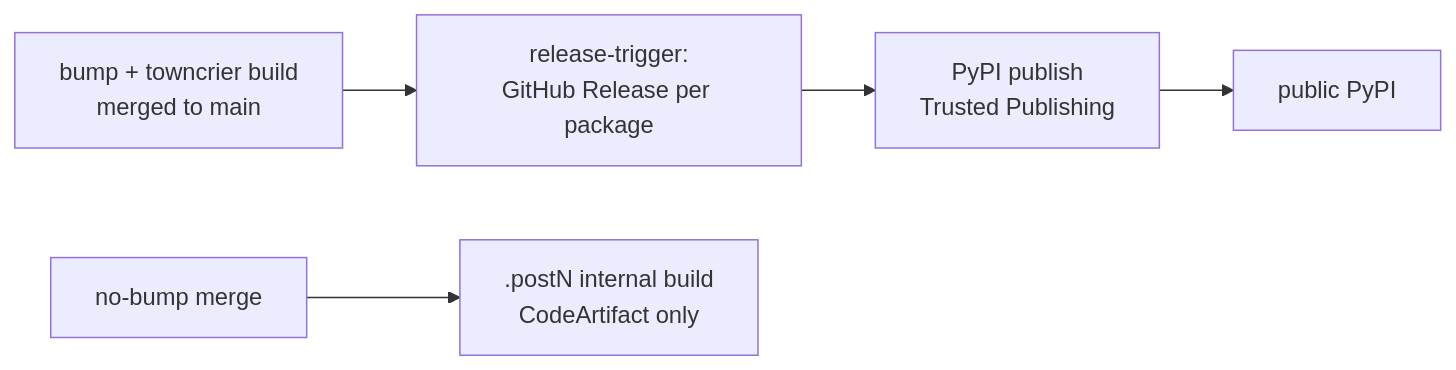
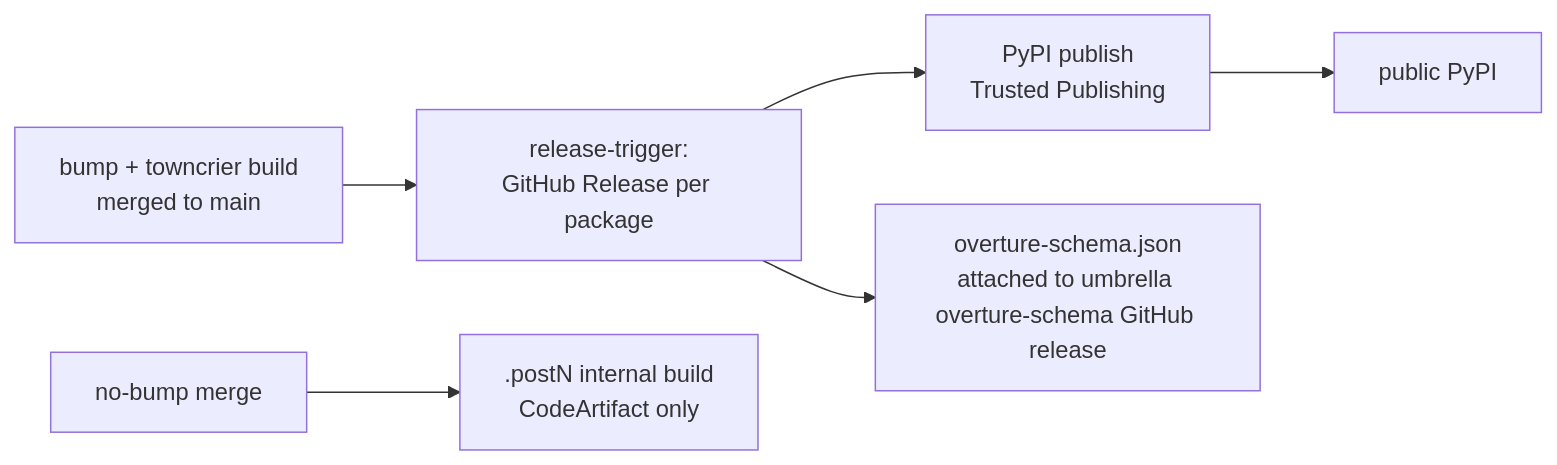
Before and after one commit to OvertureMaps/schema: the diagram in docs/versioning.md, drawn with Mermaid. The commit also changed other lines of this file and 29 other files, not shown here.

Commit message:
Attach JSON Schema as a release artifact

````diff
--- a/docs/versioning.md
+++ b/docs/versioning.md
@@ -190,6 +199,7 @@
 ```mermaid
 flowchart LR
     A[bump + towncrier build<br/>merged to main] --> B[release-trigger:<br/>GitHub Release per package]
     B --> C[PyPI publish<br/>Trusted Publishing] --> D[public PyPI]
-    E[no-bump merge] --> F[.postN internal build<br/>CodeArtifact only]
+    B --> E[overture-schema.json<br/>attached to umbrella overture-schema GitHub release]
+    F[no-bump merge] --> G[.postN internal build<br/>CodeArtifact only]
 ```
````
